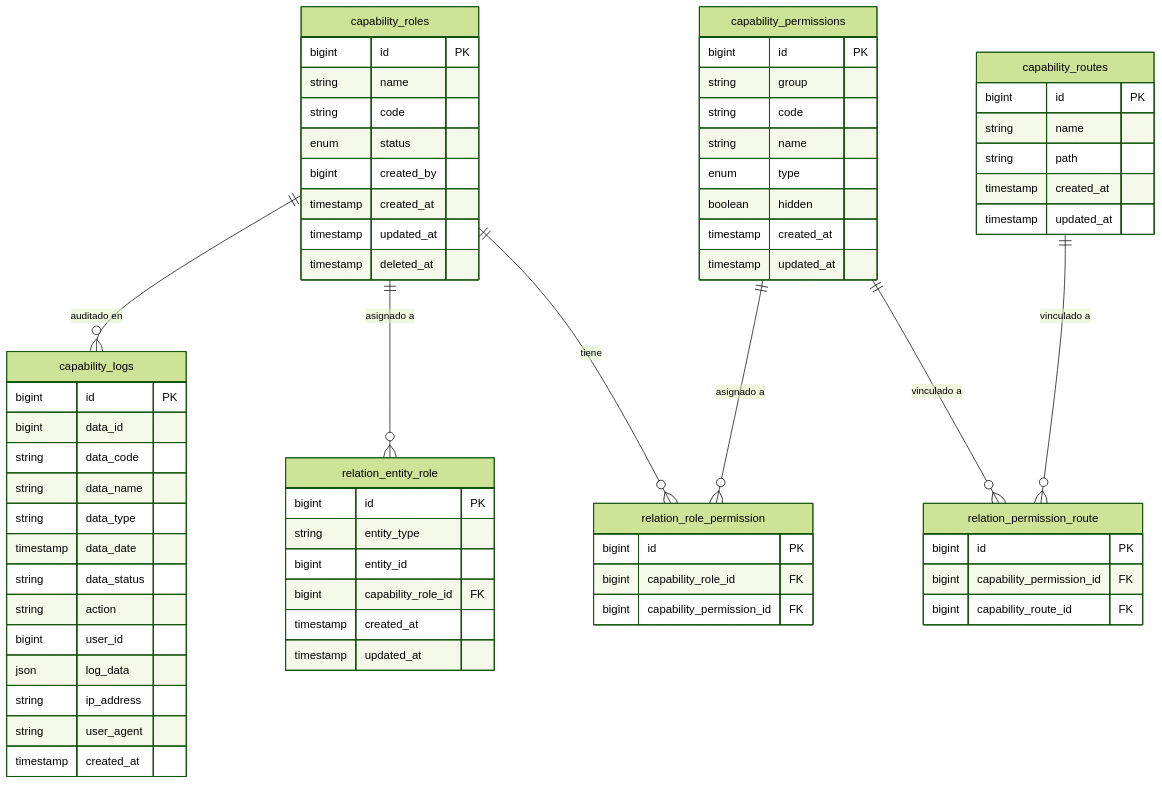
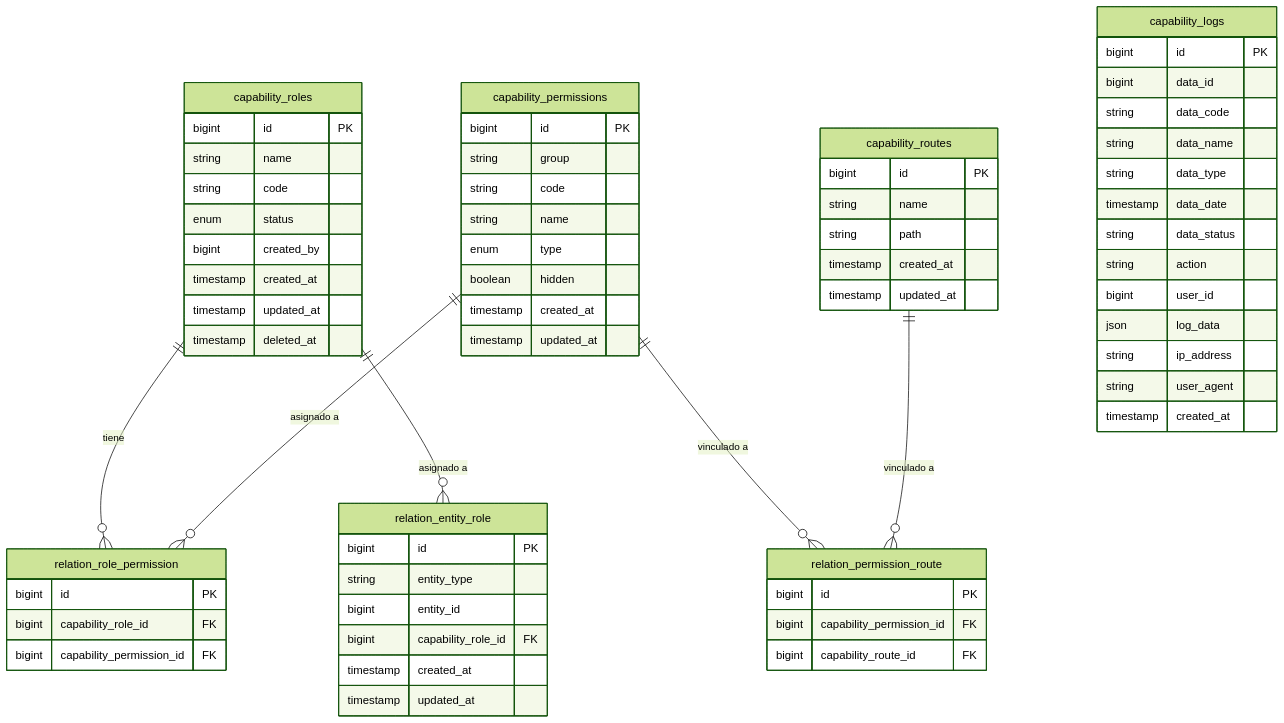
One commit to mtorres-lechuganegra/package-accessmanager changed the diagram in README.md. Above: the diagram before and after it, drawn with Mermaid (forest theme).

Commit message:
Add DBA in readme v2

````diff
--- a/README.md
+++ b/README.md
@@ -17,70 +17,69 @@
 ```mermaid
 erDiagram
     capability_roles {
         bigint id PK
         string name
         string code
         enum status
         bigint created_by
         timestamp created_at
         timestamp updated_at
         timestamp deleted_at
     }
     capability_permissions {
         bigint id PK
         string group
         string code
         string name
         enum type
         boolean hidden
         timestamp created_at
         timestamp updated_at
     }
     capability_routes {
         bigint id PK
         string name
         string path
         timestamp created_at
         timestamp updated_at
     }
     relation_role_permission {
         bigint id PK
         bigint capability_role_id FK
         bigint capability_permission_id FK
     }
     relation_permission_route {
         bigint id PK
         bigint capability_permission_id FK
         bigint capability_route_id FK
     }
     relation_entity_role {
         bigint id PK
         string entity_type
         bigint entity_id
         bigint capability_role_id FK
         timestamp created_at
         timestamp updated_at
     }
     capability_logs {
         bigint id PK
         bigint data_id
         string data_code
         string data_name
         string data_type
         timestamp data_date
         string data_status
         string action
         bigint user_id
         json log_data
         string ip_address
         string user_agent
         timestamp created_at
     }
 
     capability_roles ||--o{ relation_role_permission : "tiene"
     capability_permissions ||--o{ relation_role_permission : "asignado a"
     capability_permissions ||--o{ relation_permission_route : "vinculado a"
     capability_routes ||--o{ relation_permission_route : "vinculado a"
     capability_roles ||--o{ relation_entity_role : "asignado a"
-    capability_roles ||--o{ capability_logs : "auditado en"
 ```
````
